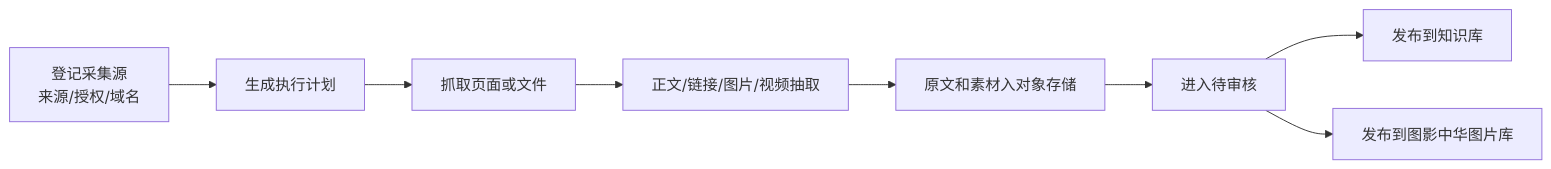
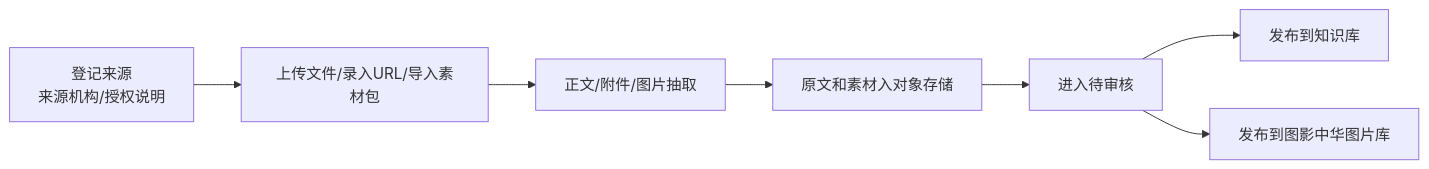
Before and after one commit to chaoliuhihi-web/xunjing: the fourth of 5 diagrams in docs/02_开发规划/星河寻境一期后台Yudao架构规划.md, drawn with Mermaid. The commit also changed other lines of this file and 4 other files, not shown here.

````diff
--- a/docs/02_开发规划/星河寻境一期后台Yudao架构规划.md
+++ b/docs/02_开发规划/星河寻境一期后台Yudao架构规划.md
@@ -694,10 +841,9 @@
 ```mermaid
 flowchart LR
-  Register["登记采集源\n来源/授权/域名"] --> Plan["生成执行计划"]
-  Plan --> Fetch["抓取页面或文件"]
-  Fetch --> Extract["正文/链接/图片/视频抽取"]
+  Register["登记来源\n来源机构/授权说明"] --> Import["上传文件/录入URL/导入素材包"]
+  Import --> Extract["正文/附件/图片抽取"]
   Extract --> Store["原文和素材入对象存储"]
   Store --> Review["进入待审核"]
   Review --> KB["发布到知识库"]
   Review --> Media["发布到图影中华图片库"]
 ```
````
